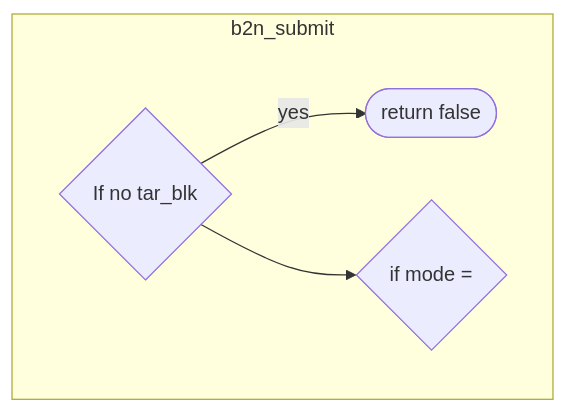
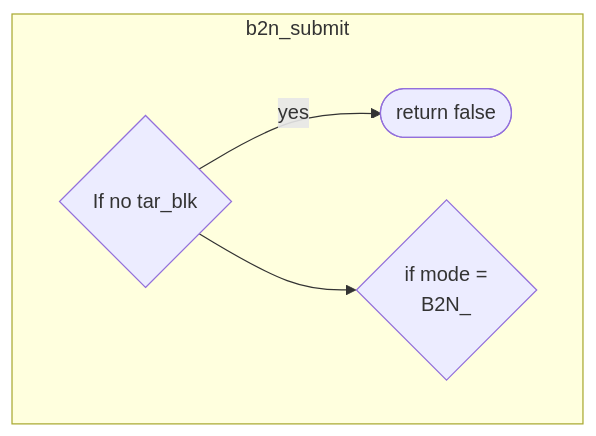
One commit to jenny112646/iodraw-files changed the diagram in all/未命名-2.md. Above: the diagram before and after it, drawn with Mermaid.

Commit message:
2024-06-07 10:50:24 update

````diff
--- a/all/未命名-2.md
+++ b/all/未命名-2.md
@@ -1,8 +1,8 @@
 ```mermaid
 flowchart TD
 subgraph b2n_submit
     c1{"If no tar_blk"} --yes--> c2([return false])
     c1 --> c3{"if mode =
-    "}
+    B2N_"}
 end
 ```
````
